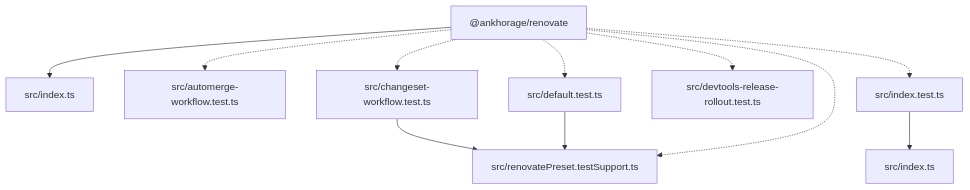
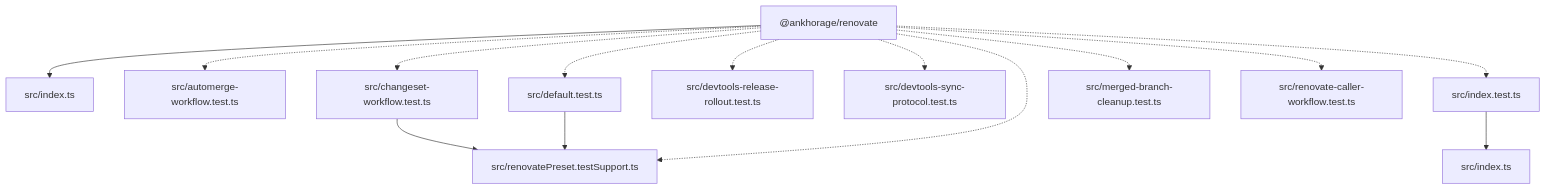
One commit to ankhorage/renovate changed the diagram in paradox/diagrams/architecture-overview.mmd. Above: the diagram before and after it, drawn with Mermaid. The commit also changed 11 other files, not shown here.

First line of the commit message:
fix: restore automatic Ankhorage package propagation (#113)

```diff
--- a/paradox/diagrams/architecture-overview.mmd
+++ b/paradox/diagrams/architecture-overview.mmd
@@ -1,20 +1,26 @@
 graph TD
   package__ankhorage_renovate["@ankhorage/renovate"]
   entrypoint_src_index_ts["src/index.ts"]
   package__ankhorage_renovate --> entrypoint_src_index_ts
   module_src_automerge_workflow_test_ts["src/automerge-workflow.test.ts"]
   package__ankhorage_renovate -.-> module_src_automerge_workflow_test_ts
   module_src_changeset_workflow_test_ts["src/changeset-workflow.test.ts"]
   package__ankhorage_renovate -.-> module_src_changeset_workflow_test_ts
   module_src_changeset_workflow_test_ts --> module_src_renovatePreset_testSupport_ts
   module_src_default_test_ts["src/default.test.ts"]
   package__ankhorage_renovate -.-> module_src_default_test_ts
   module_src_default_test_ts --> module_src_renovatePreset_testSupport_ts
   module_src_devtools_release_rollout_test_ts["src/devtools-release-rollout.test.ts"]
   package__ankhorage_renovate -.-> module_src_devtools_release_rollout_test_ts
+  module_src_devtools_sync_protocol_test_ts["src/devtools-sync-protocol.test.ts"]
+  package__ankhorage_renovate -.-> module_src_devtools_sync_protocol_test_ts
   module_src_index_test_ts["src/index.test.ts"]
   package__ankhorage_renovate -.-> module_src_index_test_ts
   module_src_index_test_ts --> module_src_index_ts
   module_src_index_ts["src/index.ts"]
+  module_src_merged_branch_cleanup_test_ts["src/merged-branch-cleanup.test.ts"]
+  package__ankhorage_renovate -.-> module_src_merged_branch_cleanup_test_ts
+  module_src_renovate_caller_workflow_test_ts["src/renovate-caller-workflow.test.ts"]
+  package__ankhorage_renovate -.-> module_src_renovate_caller_workflow_test_ts
   module_src_renovatePreset_testSupport_ts["src/renovatePreset.testSupport.ts"]
   package__ankhorage_renovate -.-> module_src_renovatePreset_testSupport_ts
```
